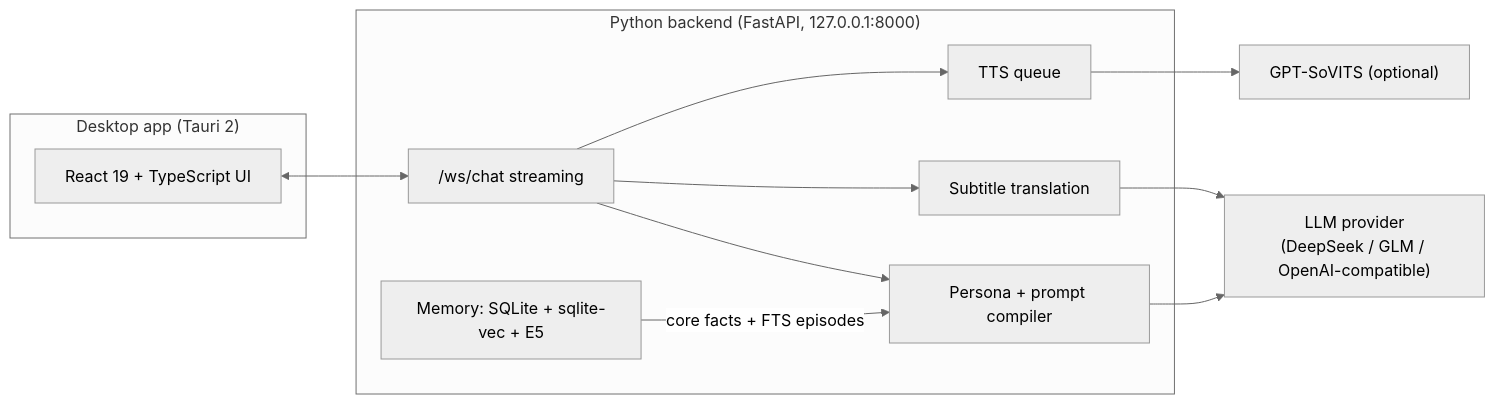
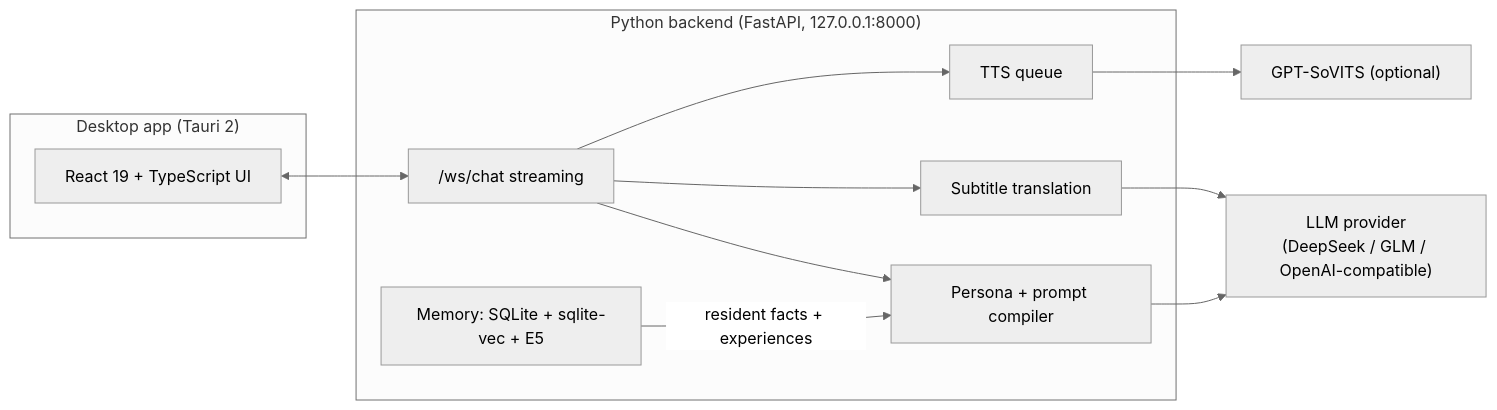
One commit to meditecnic/AMADEUS changed the diagram in README.md. Above: the diagram before and after it, drawn with Mermaid (neutral theme). The commit also changed other lines of this file and 92 other files, not shown here.

````diff
--- a/README.md
+++ b/README.md
@@ -26,20 +26,20 @@
 ```mermaid
 flowchart LR
   subgraph Desktop["Desktop app (Tauri 2)"]
     UI["React 19 + TypeScript UI"]
   end
   subgraph Backend["Python backend (FastAPI, 127.0.0.1:8000)"]
     WS["/ws/chat streaming"]
     Persona["Persona + prompt compiler"]
     Mem["Memory: SQLite + sqlite-vec + E5"]
     Tr["Subtitle translation"]
     TTS["TTS queue"]
   end
   LLM["LLM provider<br/>(DeepSeek / GLM / OpenAI-compatible)"]
   Sovits["GPT-SoVITS (optional)"]
   UI <--> WS
   WS --> Persona --> LLM
-  Mem -- "core facts + FTS episodes" --> Persona
+  Mem -- "resident facts + experiences" --> Persona
   WS --> Tr --> LLM
   WS --> TTS --> Sovits
 ```
````
